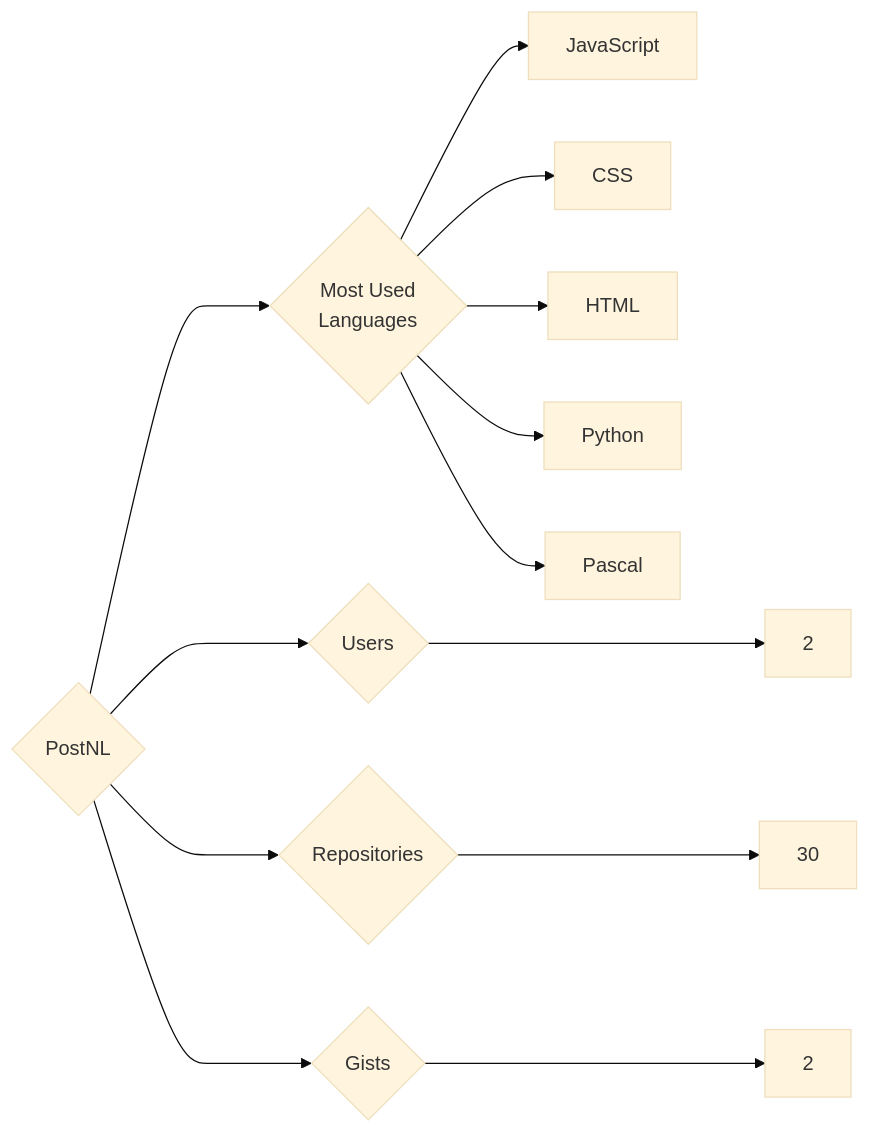
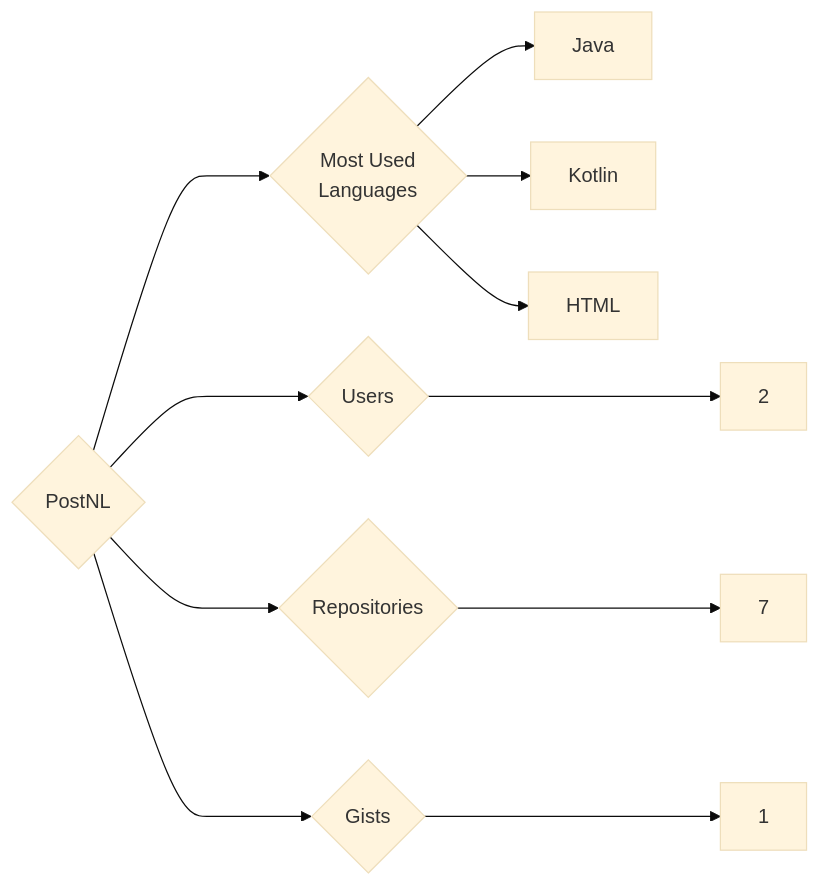
One commit to trickest/insiders changed the diagram in targets/PostNL/README.md. Above: the diagram before and after it, drawn with Mermaid (base theme). The commit also changed 787 other files, not shown here.

````diff
--- a/targets/PostNL/README.md
+++ b/targets/PostNL/README.md
@@ -3,13 +3,11 @@
 ```mermaid
 graph LR
 COMPANY_NAME{PostNL}
 COMPANY_NAME ---> U{Users} ---> UN[2]
-COMPANY_NAME ---> R{Repositories} ---> RN[30]
-COMPANY_NAME ---> G{Gists} ---> GN[2]
+COMPANY_NAME ---> R{Repositories} ---> RN[7]
+COMPANY_NAME ---> G{Gists} ---> GN[1]
 COMPANY_NAME ---> ML{Most Used<br>Languages}
-ML --> JavaScript[JavaScript]
-ML --> CSS[CSS]
+ML --> Java[Java]
+ML --> Kotlin[Kotlin]
 ML --> HTML[HTML]
-ML --> Python[Python]
-ML --> Pascal[Pascal]
 ```
````
